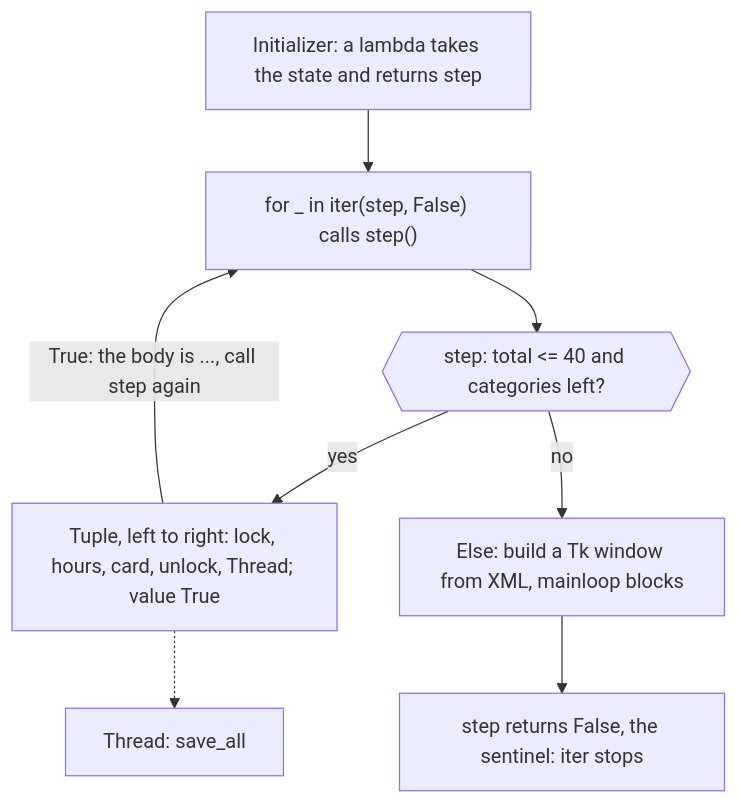
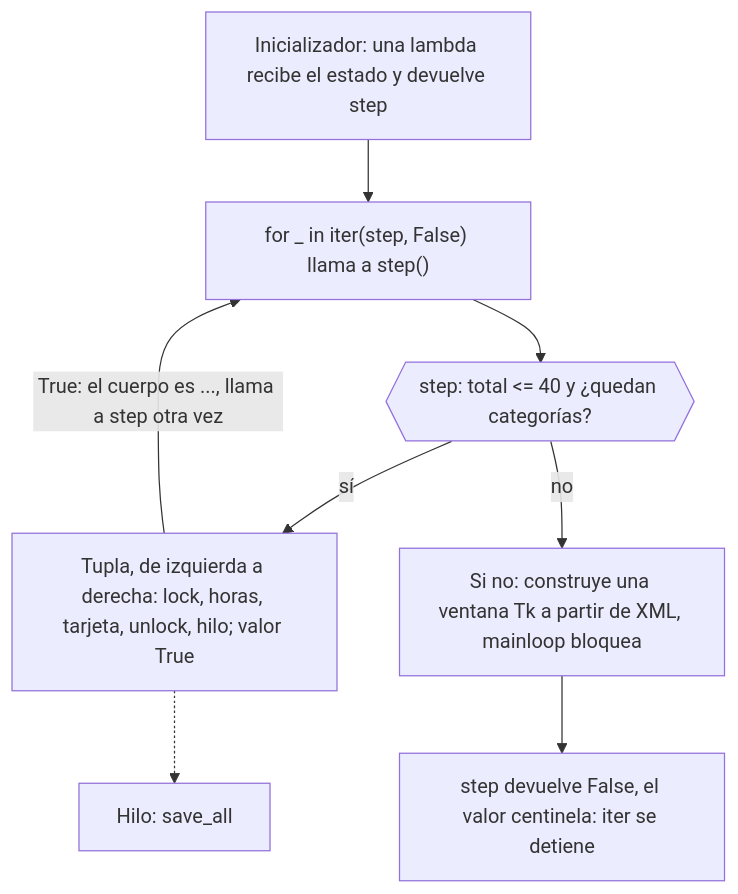
Before and after one commit to dullroar/aprende-a-programar-como-un-bicho-raro: the seventh of 9 diagrams in lessons/lenguajes/csharp-linq-xaml.md, drawn with Mermaid. The commit also changed other lines of this file and 31 other files, not shown here.

````diff
--- a/lessons/lenguajes/csharp-linq-xaml.md
+++ b/lessons/lenguajes/csharp-linq-xaml.md
@@ -280,12 +280,12 @@
 ```mermaid
 flowchart TD
-    accTitle: PythonChallenge1: iter with a sentinel calls one function until it returns False
-    accDescr: A flowchart. A lambda builds the function step from the state object. The for statement iterates iter(step, False), so it calls step again and again. Each call tests whether the total is 40 or less and a category remains. If so, a tuple of calls runs left to right: lock, add hours, stage a card, unlock, start a thread that saves. The last item of the tuple is True, which is not the sentinel, so the empty body runs and the loop calls step again. If not, the else branch builds a Tk window from an XML string and calls mainloop, which blocks until the window closes, and step returns False. That equals the sentinel, so iter stops and the for ends.
-    A["Initializer: a lambda takes the state and returns step"] --> B["for _ in iter(step, False) calls step()"]
-    B --> C{{"step: total <= 40 and categories left?"}}
-    C -->|yes| D["Tuple, left to right: lock, hours, card, unlock, Thread; value True"]
-    D -->|"True: the body is ..., call step again"| B
-    D -.-> T["Thread: save_all"]
-    C -->|no| F["Else: build a Tk window from XML, mainloop blocks"]
-    F --> G["step returns False, the sentinel: iter stops"]
+    accTitle: PythonChallenge1: iter con un valor centinela llama a una función hasta que devuelve False
+    accDescr: Un diagrama de flujo. Una lambda construye la función step a partir del objeto de estado. La sentencia for recorre el iterador creado por iter(step, False), así que llama a step una y otra vez. Cada llamada comprueba si el total no pasa de 40 y si queda una categoría. Si es así, se ejecuta una tupla de llamadas de izquierda a derecha: bloquear, sumar horas, preparar una tarjeta, desbloquear, iniciar un hilo que guarda. El último elemento de la tupla es True, que no es el valor centinela, así que se ejecuta el cuerpo vacío y el bucle llama a step otra vez. Si no, la rama else construye una ventana de Tk a partir de una cadena de texto XML y llama a mainloop, que bloquea hasta que se cierra la ventana, y step devuelve False. Ese valor es igual al valor centinela, así que iter se detiene y el for termina.
+    A["Inicializador: una lambda recibe el estado y devuelve step"] --> B["for _ in iter(step, False) llama a step()"]
+    B --> C{{"step: total <= 40 y ¿quedan categorías?"}}
+    C -->|sí| D["Tupla, de izquierda a derecha: lock, horas, tarjeta, unlock, hilo; valor True"]
+    D -->|"True: el cuerpo es ..., llama a step otra vez"| B
+    D -.-> T["Hilo: save_all"]
+    C -->|no| F["Si no: construye una ventana Tk a partir de XML, mainloop bloquea"]
+    F --> G["step devuelve False, el valor centinela: iter se detiene"]
 ```
````
